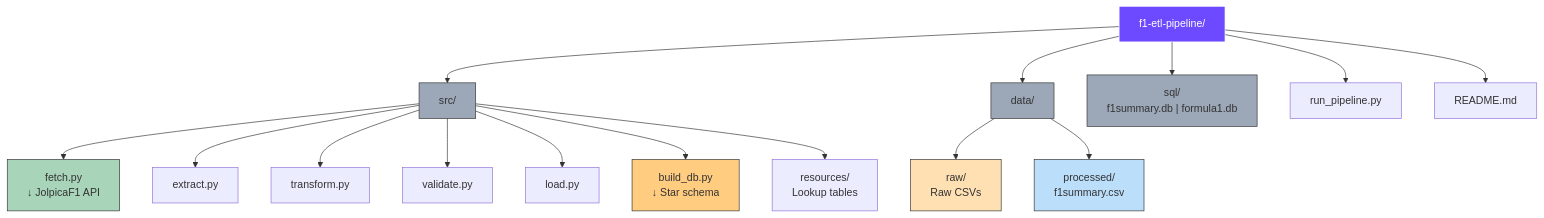
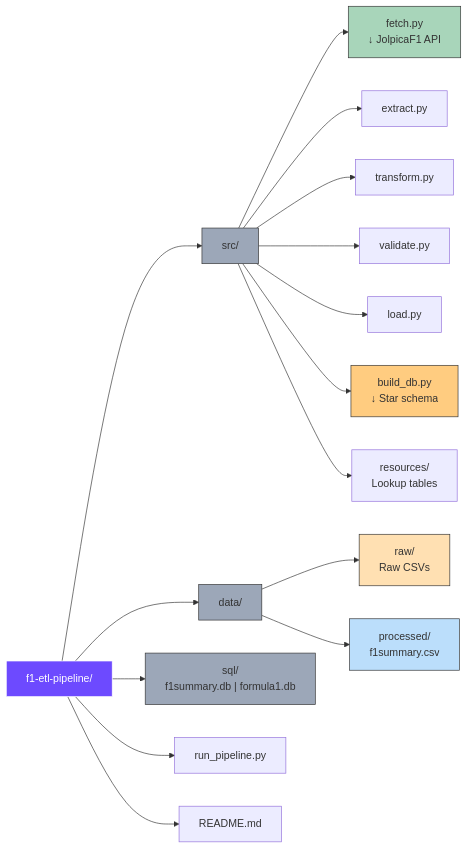
Before and after one commit to jmr-lab/f1-etl-pipeline: the second of 2 diagrams in README.md, drawn with Mermaid.

````diff
--- a/README.md
+++ b/README.md
@@ -125,54 +125,54 @@
 ```mermaid
-flowchart TD
+flowchart LR
     ROOT["f1-etl-pipeline/"]
     
     %% src directory and files
     SRC["src/"]
     FETCH["fetch.py<br/>↓ JolpicaF1 API"]
     EXTRACT["extract.py"]
     TRANSFORM["transform.py"]
     VALIDATE["validate.py"]
     LOAD["load.py"]
     BUILDDB["build_db.py<br/>↓ Star schema"]
     RESOURCES["resources/<br/>Lookup tables"]
     
     %% data directory and files
     DATA["data/"]
     RAW["raw/<br/>Raw CSVs"]
     PROCESSED["processed/<br/>f1summary.csv"]
     
     %% sql directory
     SQL["sql/<br/>f1summary.db | formula1.db"]
     
     %% root files
     RUNPIPELINE["run_pipeline.py"]
     README["README.md"]
     
     %% Hierarchy
     ROOT --> SRC
     ROOT --> DATA
     ROOT --> SQL
     ROOT --> RUNPIPELINE
     ROOT --> README
     
     SRC --> FETCH
     SRC --> EXTRACT
     SRC --> TRANSFORM
     SRC --> VALIDATE
     SRC --> LOAD
     SRC --> BUILDDB
     SRC --> RESOURCES
     
     DATA --> RAW
     DATA --> PROCESSED
     
     %% Styling
     style ROOT fill:#6d4aff,color:#fff,stroke:#fff
     style SRC fill:#9ca7b8,stroke:#333
     style DATA fill:#9ca7b8,stroke:#333
     style SQL fill:#9ca7b8,stroke:#333
     style FETCH fill:#a8d5ba,stroke:#333
     style BUILDDB fill:#ffcc80,stroke:#333
     style RAW fill:#ffe0b2,stroke:#333
     style PROCESSED fill:#bbdefb,stroke:#333
 ```
````
